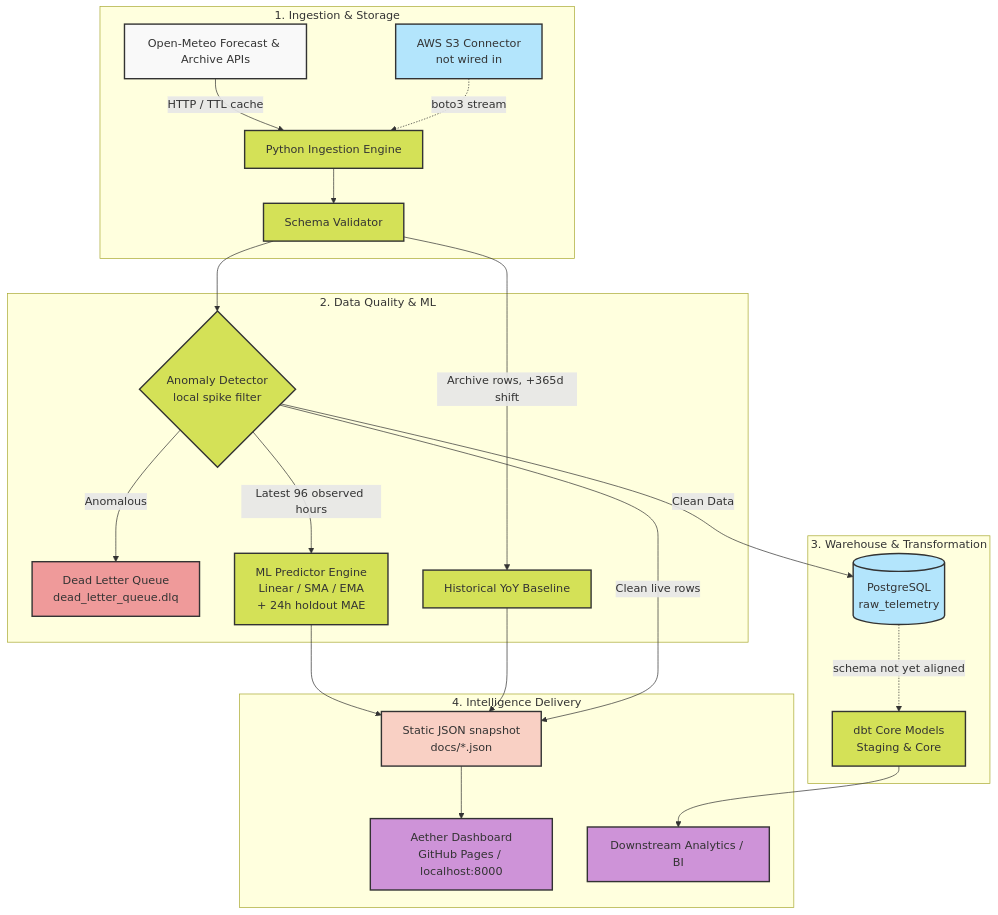
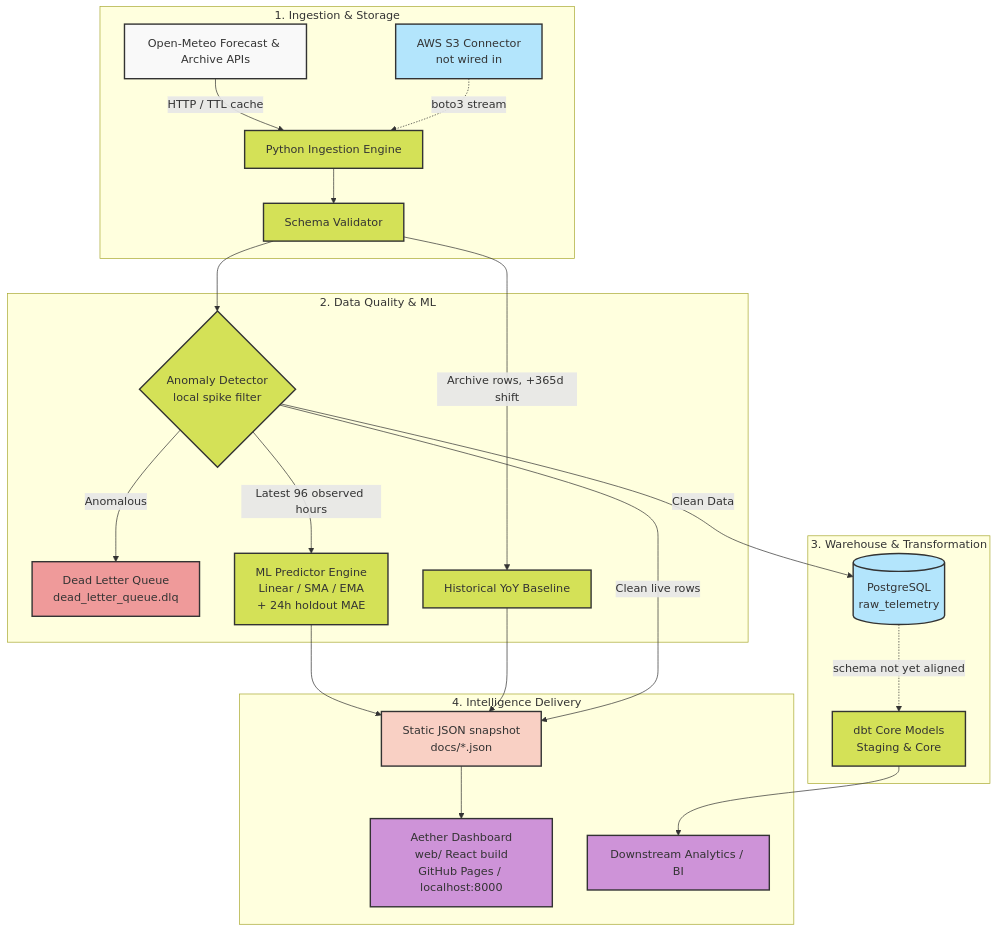
One commit to miladgk/aether-climate-engine changed the diagram in README.md. Above: the diagram before and after it, drawn with Mermaid. The commit also changed other lines of this file and 36 other files, not shown here.

First line of the commit message:
Replace dashboard with React/Vite redesign; show data times in CET

````diff
--- a/README.md
+++ b/README.md
@@ -47,41 +54,41 @@
 ```mermaid
 flowchart TD
     subgraph Ingestion ["1. Ingestion & Storage"]
         API[Open-Meteo Forecast & Archive APIs] -->|HTTP / TTL cache| ETL[Python Ingestion Engine]
         S3[AWS S3 Connector<br/>not wired in] -.->|boto3 stream| ETL
         ETL --> VAL[Schema Validator]
     end
 
     subgraph Processing ["2. Data Quality & ML"]
         VAL --> AD{Anomaly Detector<br/>local spike filter}
         AD -->|Anomalous| DLQ[Dead Letter Queue<br/>dead_letter_queue.dlq]
         AD -->|Latest 96 observed hours| ML[ML Predictor Engine<br/>Linear / SMA / EMA<br/>+ 24h holdout MAE]
         VAL -->|Archive rows, +365d shift| ARCHIVE[Historical YoY Baseline]
     end
 
     subgraph Warehouse ["3. Warehouse & Transformation"]
         AD -->|Clean Data| PG[(PostgreSQL<br/>raw_telemetry)]
         PG -.->|schema not yet aligned| DBT[dbt Core Models<br/>Staging & Core]
     end
 
     subgraph Visualization ["4. Intelligence Delivery"]
         ML --> JSON[Static JSON snapshot<br/>docs/*.json]
         ARCHIVE --> JSON
         AD -->|Clean live rows| JSON
-        JSON --> DASH[Aether Dashboard<br/>GitHub Pages / localhost:8000]
+        JSON --> DASH[Aether Dashboard<br/>web/ React build<br/>GitHub Pages / localhost:8000]
         DBT --> BI[Downstream Analytics / BI]
     end
 
     classDef default fill:#f9f9f9,stroke:#333,stroke-width:2px,color:#333;
     classDef storage fill:#f9d0c4,stroke:#333,stroke-width:2px,color:#333;
     classDef process fill:#d4e157,stroke:#333,stroke-width:2px,color:#333;
     classDef error fill:#ef9a9a,stroke:#333,stroke-width:2px,color:#333;
     classDef database fill:#b3e5fc,stroke:#333,stroke-width:2px,color:#333;
     classDef dashboard fill:#ce93d8,stroke:#333,stroke-width:2px,color:#333;
 
     class S3,PG database;
     class ETL,VAL,AD,ML,ARCHIVE,DBT process;
     class JSON storage;
     class DLQ error;
     class DASH,BI dashboard;
 ```
````
